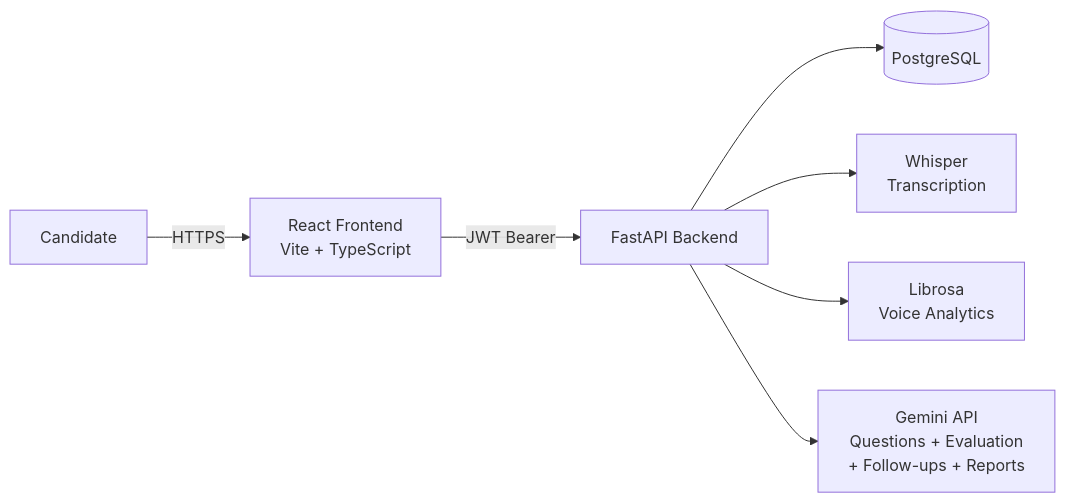
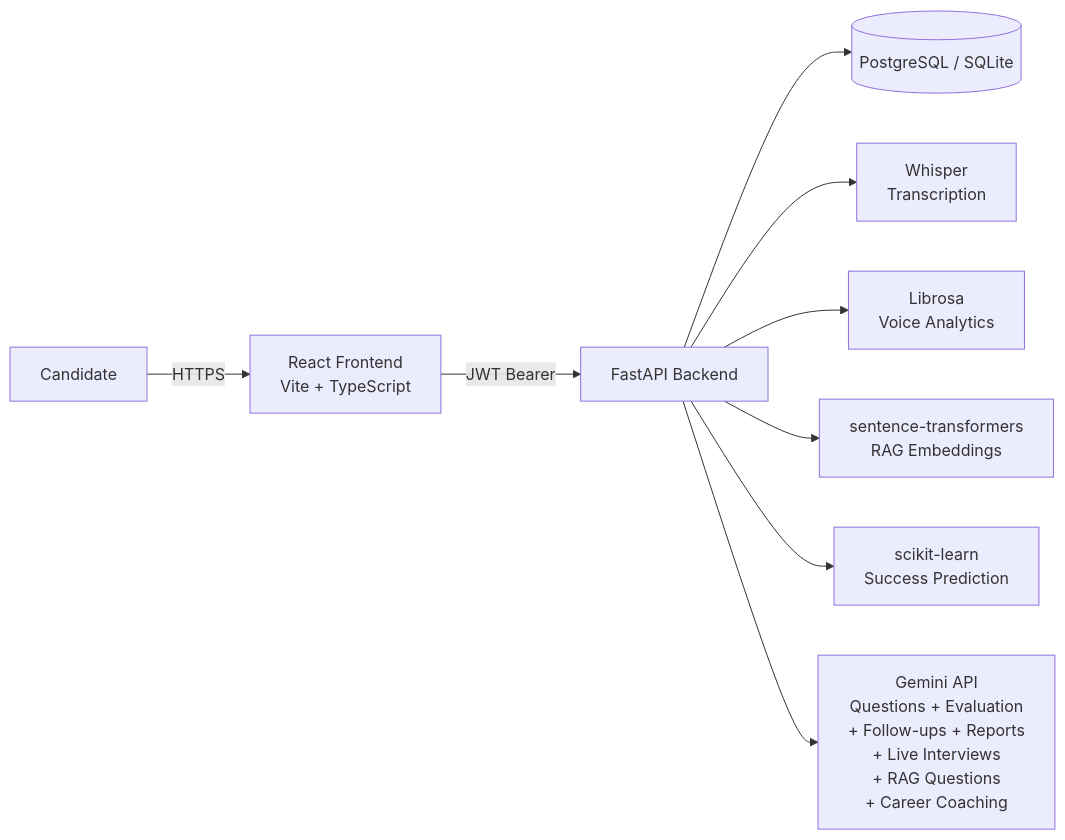
Before and after one commit to KeerthanaPothula/ai-interview-intelligence-platform: the diagram in README.md, drawn with Mermaid. The commit also changed other lines of this file and 33 other files, not shown here.

Commit message:
Add conversational AI interviews, RAG question generation, predictive analytics, benchmarking, and AI coaching

````diff
--- a/README.md
+++ b/README.md
@@ -102,9 +134,11 @@
 ```mermaid
 flowchart LR
     User[Candidate] -->|HTTPS| FE[React Frontend\nVite + TypeScript]
     FE -->|JWT Bearer| API[FastAPI Backend]
-    API --> DB[(PostgreSQL)]
+    API --> DB[(PostgreSQL / SQLite)]
     API --> Whisper[Whisper\nTranscription]
     API --> Librosa[Librosa\nVoice Analytics]
-    API --> Gemini[Gemini API\nQuestions + Evaluation\n+ Follow-ups + Reports]
+    API --> STrans[sentence-transformers\nRAG Embeddings]
+    API --> SKLearn[scikit-learn\nSuccess Prediction]
+    API --> Gemini[Gemini API\nQuestions + Evaluation\n+ Follow-ups + Reports\n+ Live Interviews\n+ RAG Questions\n+ Career Coaching]
 ```
````
